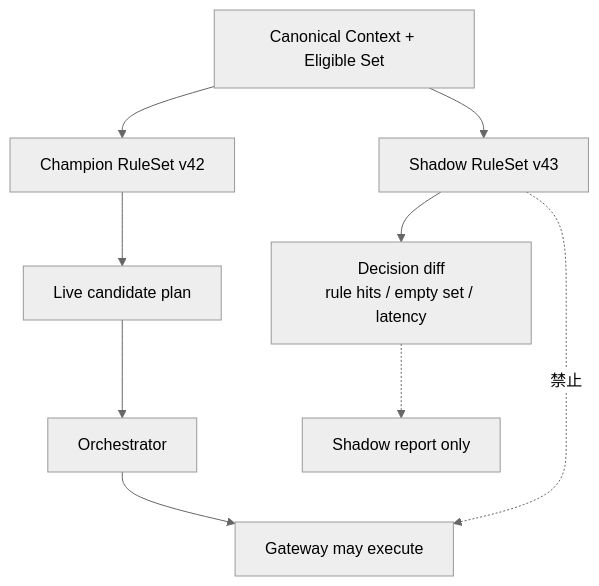
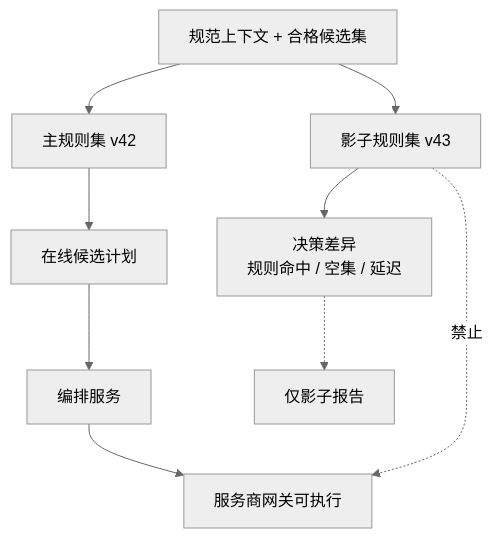
Before and after one commit to YouEclipse/Designing-Modern-Payment-Systems: the fourth of 4 diagrams in part-2-routing-engine/rule-based-routing.md, drawn with Mermaid (neutral theme). The commit also changed other lines of this file and 59 other files, not shown here.

````diff
--- a/part-2-routing-engine/rule-based-routing.md
+++ b/part-2-routing-engine/rule-based-routing.md
@@ -327,11 +327,11 @@
 ```mermaid
 flowchart TB
-    Input["Canonical Context + Eligible Set"] --> Champion["Champion RuleSet v42"]
-    Input --> Shadow["Shadow RuleSet v43"]
-    Champion --> Live["Live candidate plan"]
-    Shadow --> Diff["Decision diff<br/>rule hits / empty set / latency"]
-    Live --> Orchestrator["Orchestrator"]
-    Orchestrator --> Gateway["Gateway may execute"]
-    Diff -.-> Metrics["Shadow report only"]
+    Input["规范上下文 + 合格候选集"] --> Champion["主规则集 v42"]
+    Input --> Shadow["影子规则集 v43"]
+    Champion --> Live["在线候选计划"]
+    Shadow --> Diff["决策差异<br/>规则命中 / 空集 / 延迟"]
+    Live --> Orchestrator["编排服务"]
+    Orchestrator --> Gateway["服务商网关可执行"]
+    Diff -.-> Metrics["仅影子报告"]
     Shadow -.->|"禁止"| Gateway
 ```
````
